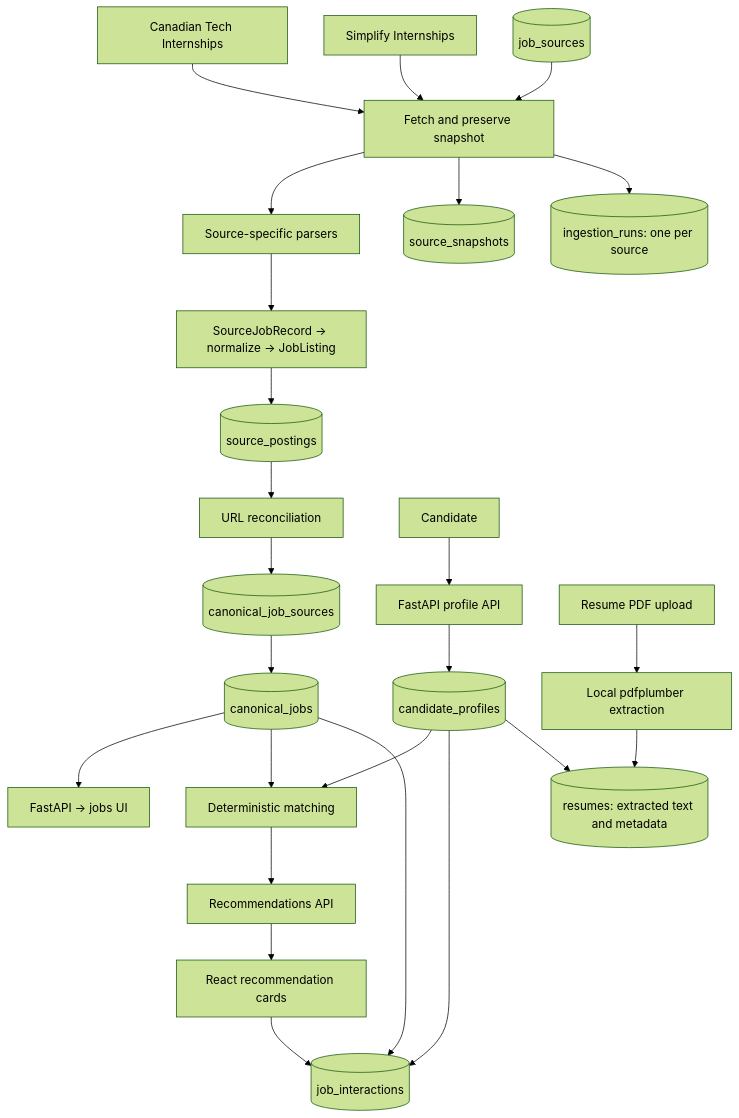
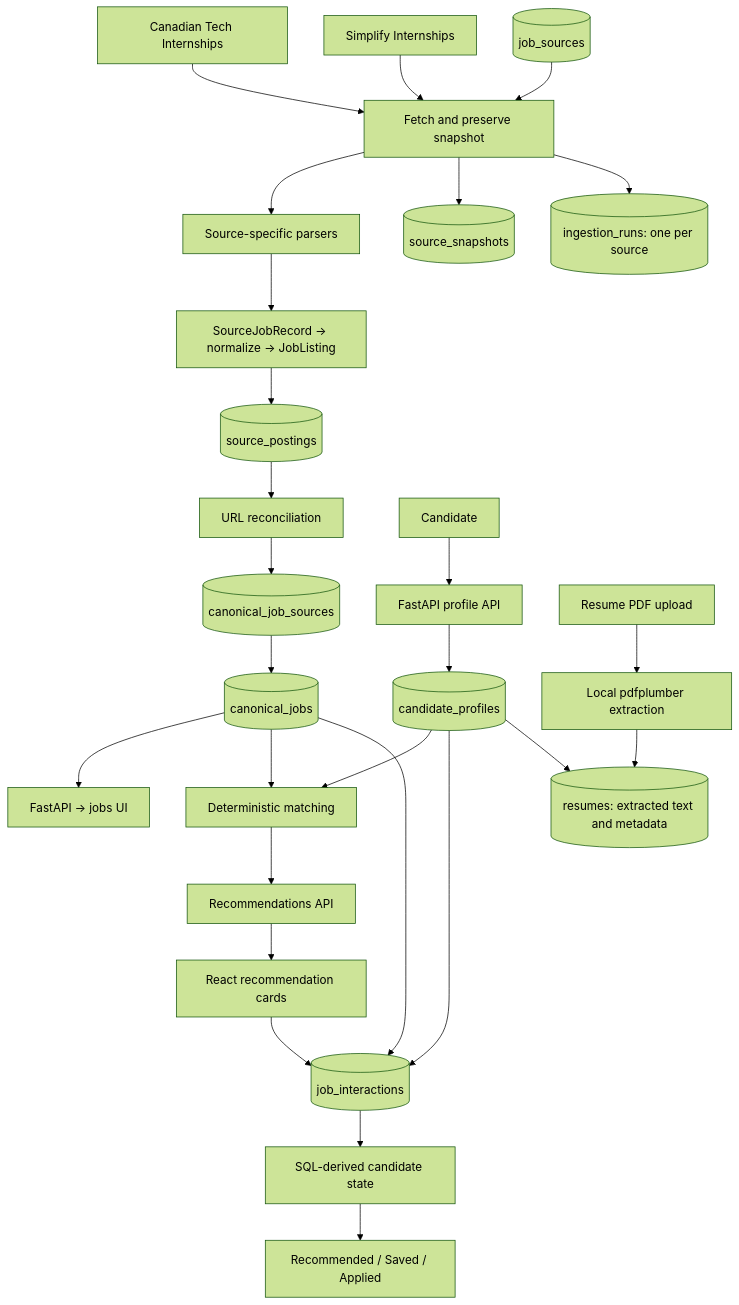
One commit to aymaanalamgir/internshipfeed changed the diagram in README.md. Above: the diagram before and after it, drawn with Mermaid (forest theme). The commit also changed other lines of this file and 23 other files, not shown here.

````diff
--- a/README.md
+++ b/README.md
@@ -7,27 +7,29 @@
 ```mermaid
 flowchart TD
     A[Canadian Tech Internships] --> F[Fetch and preserve snapshot]
     B[Simplify Internships] --> F
     F --> P[Source-specific parsers]
     P --> N[SourceJobRecord → normalize → JobListing]
     N --> SP[(source_postings)]
     SP --> R[URL reconciliation]
     R --> MAP[(canonical_job_sources)]
     MAP --> C[(canonical_jobs)]
     C --> API[FastAPI → jobs UI]
     F --> SS[(source_snapshots)]
     F --> RUN[(ingestion_runs: one per source)]
     JS[(job_sources)] --> F
     CAND[Candidate] --> PROFILE[FastAPI profile API]
     PROFILE --> CP[(candidate_profiles)]
     CP --> MATCH[Deterministic matching]
     C --> MATCH
     MATCH --> RECS[Recommendations API]
     RECS --> CARDS[React recommendation cards]
     CARDS --> E[(job_interactions)]
+    E --> STATE[SQL-derived candidate state]
+    STATE --> VIEWS[Recommended / Saved / Applied]
     CP[(candidate_profiles)] --> E[(job_interactions)]
     C --> E
     CP --> RES[(resumes: extracted text and metadata)]
     PDF[Resume PDF upload] --> EXTRACT[Local pdfplumber extraction]
     EXTRACT --> RES
 ```
````
